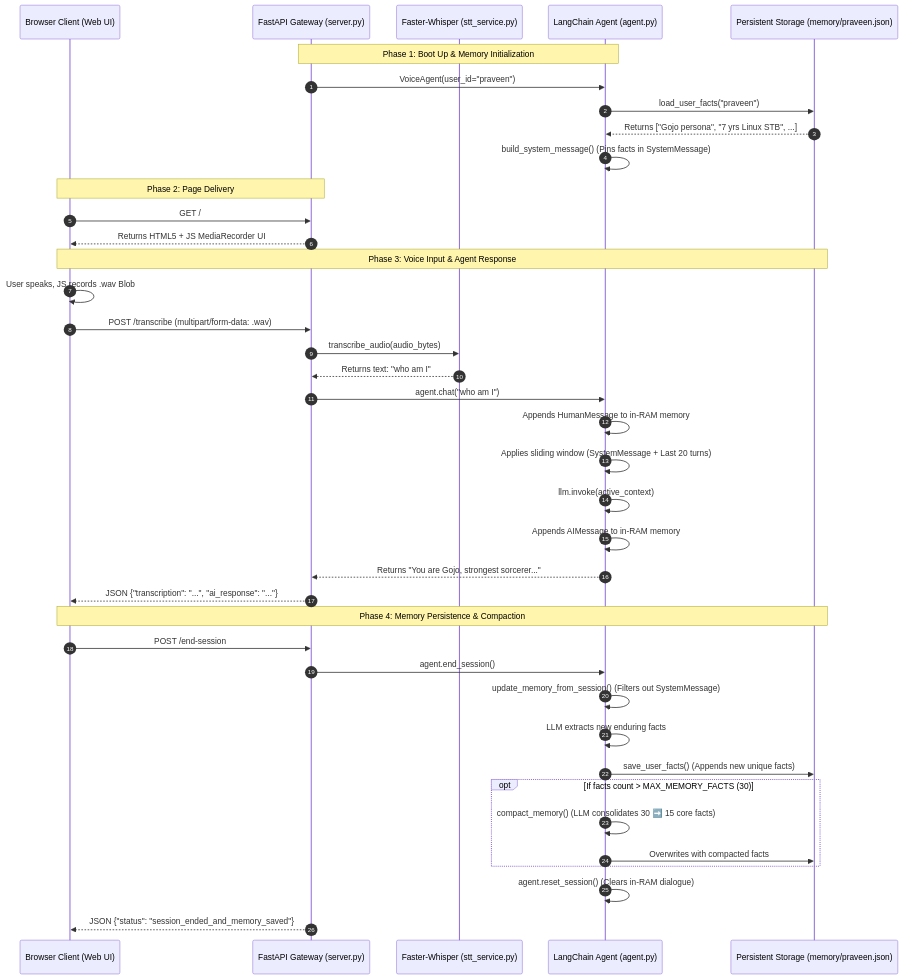
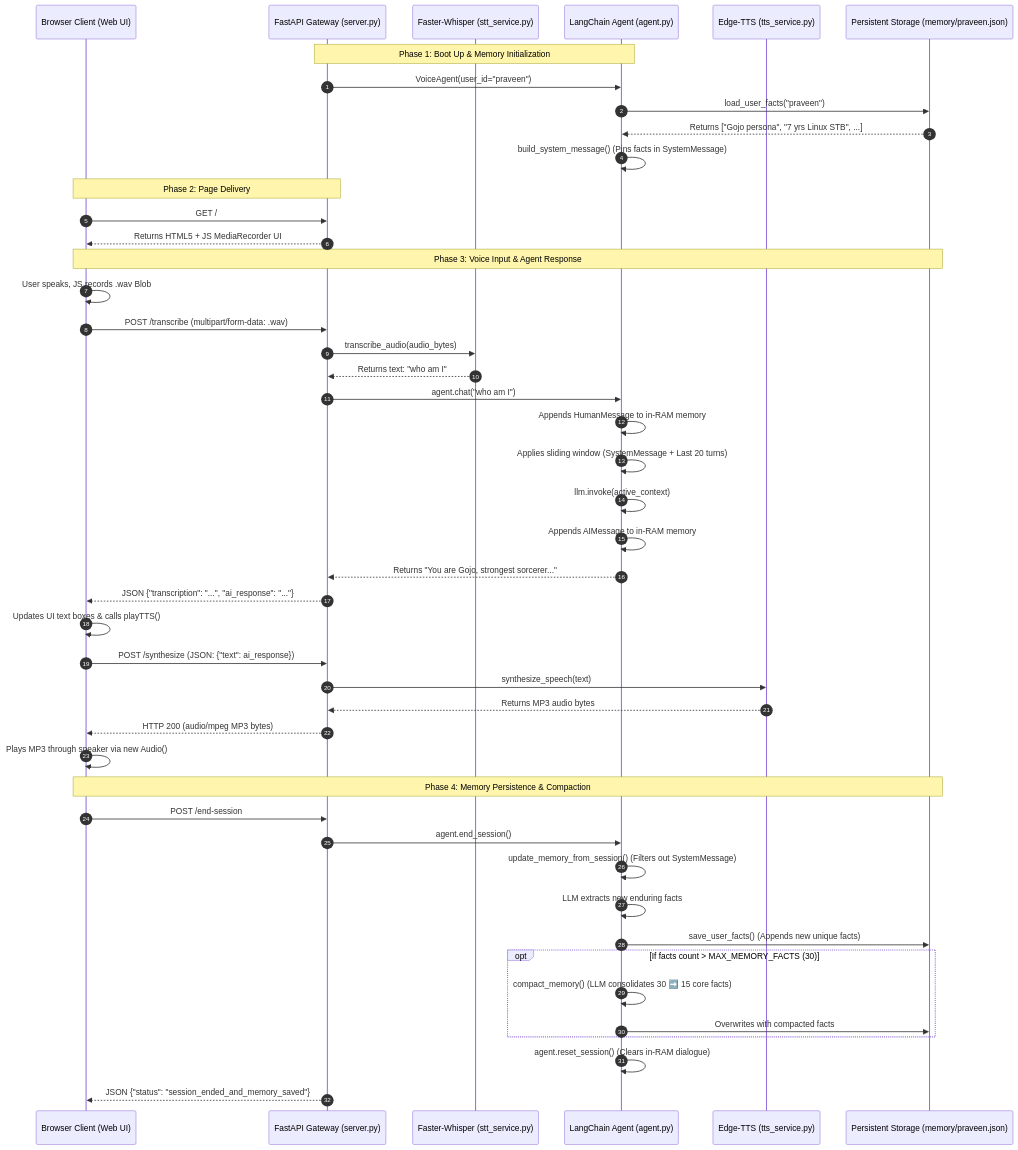
The diagram in langchainAgent/docs/CODE_FLOW_AND_API.md (lilkiddy/AI), drawn with Mermaid before and after one commit. The commit also changed other lines of this file and 6 other files, not shown here.

First line of the commit message:
feat(tts): integrate Edge-TTS voice output and update architecture docs

````diff
--- a/langchainAgent/docs/CODE_FLOW_AND_API.md
+++ b/langchainAgent/docs/CODE_FLOW_AND_API.md
@@ -31,45 +32,52 @@
 ```mermaid
 sequenceDiagram
     autonumber
     participant Browser as Browser Client (Web UI)
     participant Server as FastAPI Gateway (server.py)
     participant STT as Faster-Whisper (stt_service.py)
     participant Agent as LangChain Agent (agent.py)
+    participant TTS as Edge-TTS (tts_service.py)
     participant Disk as Persistent Storage (memory/praveen.json)
 
     Note over Server,Agent: Phase 1: Boot Up & Memory Initialization
     Server->>Agent: VoiceAgent(user_id="praveen")
     Agent->>Disk: load_user_facts("praveen")
     Disk-->>Agent: Returns ["Gojo persona", "7 yrs Linux STB", ...]
     Agent->>Agent: build_system_message() (Pins facts in SystemMessage)
 
     Note over Browser,Server: Phase 2: Page Delivery
     Browser->>Server: GET /
     Server-->>Browser: Returns HTML5 + JS MediaRecorder UI
 
     Note over Browser,Disk: Phase 3: Voice Input & Agent Response
     Browser->>Browser: User speaks, JS records .wav Blob
     Browser->>Server: POST /transcribe (multipart/form-data: .wav)
     Server->>STT: transcribe_audio(audio_bytes)
     STT-->>Server: Returns text: "who am I"
     Server->>Agent: agent.chat("who am I")
     Agent->>Agent: Appends HumanMessage to in-RAM memory
     Agent->>Agent: Applies sliding window (SystemMessage + Last 20 turns)
     Agent->>Agent: llm.invoke(active_context)
     Agent->>Agent: Appends AIMessage to in-RAM memory
     Agent-->>Server: Returns "You are Gojo, strongest sorcerer..."
     Server-->>Browser: JSON {"transcription": "...", "ai_response": "..."}
+    Browser->>Browser: Updates UI text boxes & calls playTTS()
+    Browser->>Server: POST /synthesize (JSON: {"text": ai_response})
+    Server->>TTS: synthesize_speech(text)
+    TTS-->>Server: Returns MP3 audio bytes
+    Server-->>Browser: HTTP 200 (audio/mpeg MP3 bytes)
+    Browser->>Browser: Plays MP3 through speaker via new Audio()
 
     Note over Browser,Disk: Phase 4: Memory Persistence & Compaction
     Browser->>Server: POST /end-session
     Server->>Agent: agent.end_session()
     Agent->>Agent: update_memory_from_session() (Filters out SystemMessage)
     Agent->>Agent: LLM extracts new enduring facts
     Agent->>Disk: save_user_facts() (Appends new unique facts)
     opt If facts count > MAX_MEMORY_FACTS (30)
         Agent->>Agent: compact_memory() (LLM consolidates 30 ➡️ 15 core facts)
         Agent->>Disk: Overwrites with compacted facts
     end
     Agent->>Agent: agent.reset_session() (Clears in-RAM dialogue)
     Server-->>Browser: JSON {"status": "session_ended_and_memory_saved"}
 ```
````
